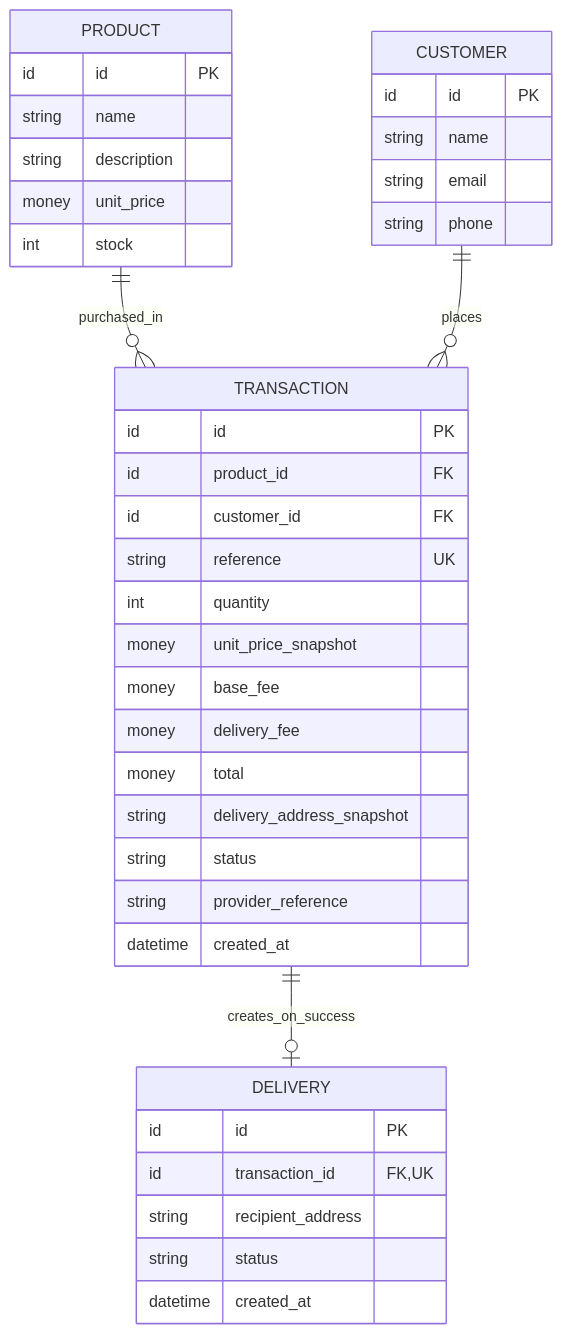
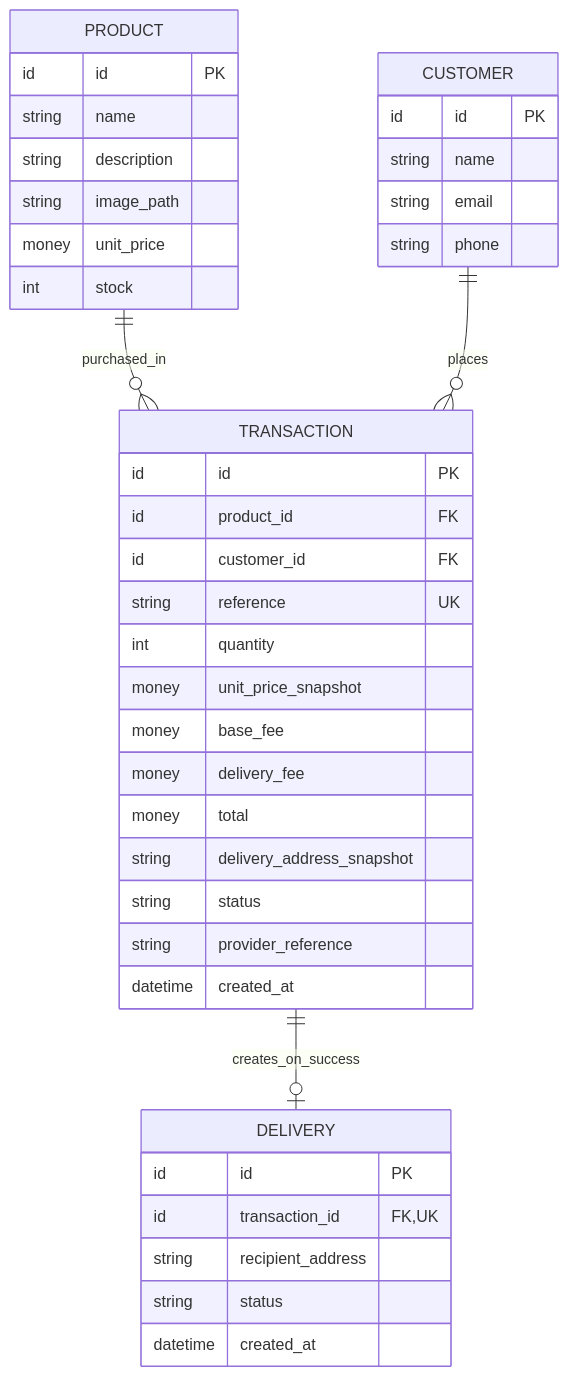
One commit to alexanderbeleno16/product-payment changed the fourth of 4 diagrams in README.md. Above: the diagram before and after it, drawn with Mermaid. The commit also changed other lines of this file, not shown here.

Commit message:
docs(architecture): align checkout diagrams with brief

````diff
--- a/README.md
+++ b/README.md
@@ -101,45 +107,46 @@
 ```mermaid
 erDiagram
     PRODUCT ||--o{ TRANSACTION : purchased_in
     CUSTOMER ||--o{ TRANSACTION : places
     TRANSACTION ||--o| DELIVERY : creates_on_success
 
     PRODUCT {
         id id PK
         string name
         string description
+        string image_path
         money unit_price
         int stock
     }
 
     CUSTOMER {
         id id PK
         string name
         string email
         string phone
     }
 
     TRANSACTION {
         id id PK
         id product_id FK
         id customer_id FK
         string reference UK
         int quantity
         money unit_price_snapshot
         money base_fee
         money delivery_fee
         money total
         string delivery_address_snapshot
         string status
         string provider_reference
         datetime created_at
     }
 
     DELIVERY {
         id id PK
         id transaction_id FK, UK
         string recipient_address
         string status
         datetime created_at
     }
 ```
````
